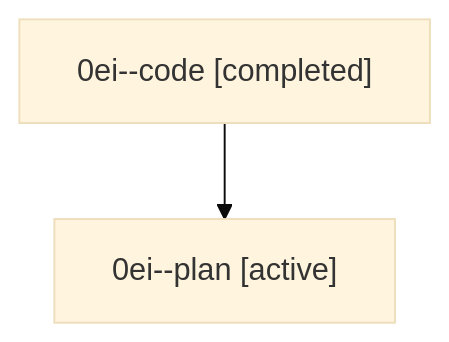
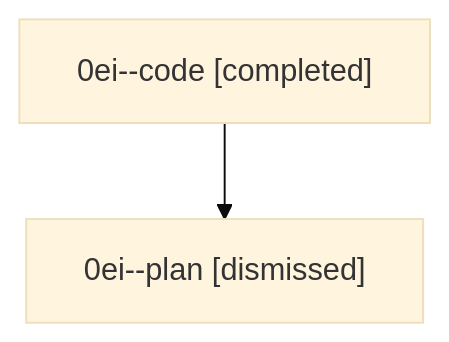
Before and after one commit to bobs-org/bob-cli--agents: the diagram in sessions/bbugyi200.athena.0ei.md, drawn with Mermaid (base theme). The commit also changed other lines of this file and 17 other files, not shown here.

````diff
--- a/sessions/bbugyi200.athena.0ei.md
+++ b/sessions/bbugyi200.athena.0ei.md
@@ -9,6 +9,6 @@
 ```mermaid
 flowchart TD
   n0["0ei--code [completed]"]
-  n1["0ei--plan [active]"]
+  n1["0ei--plan [dismissed]"]
   n0 --> n1
 ```
````
